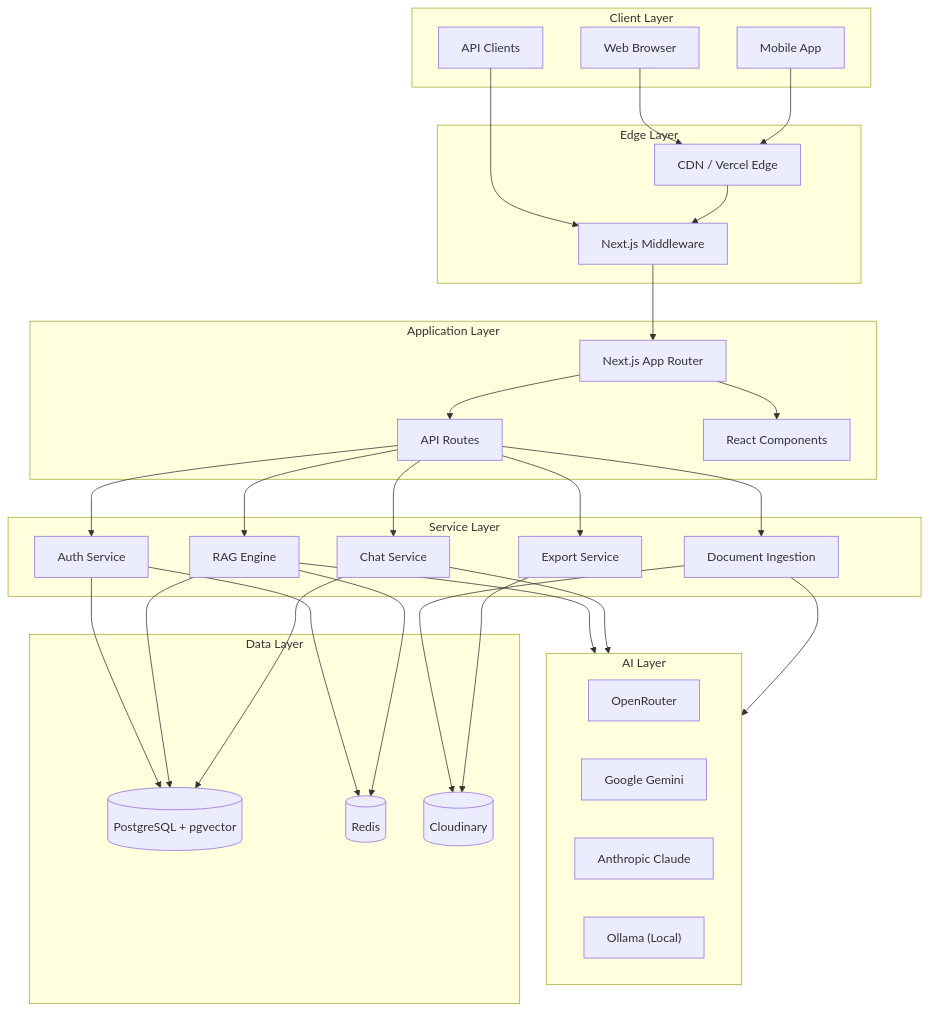
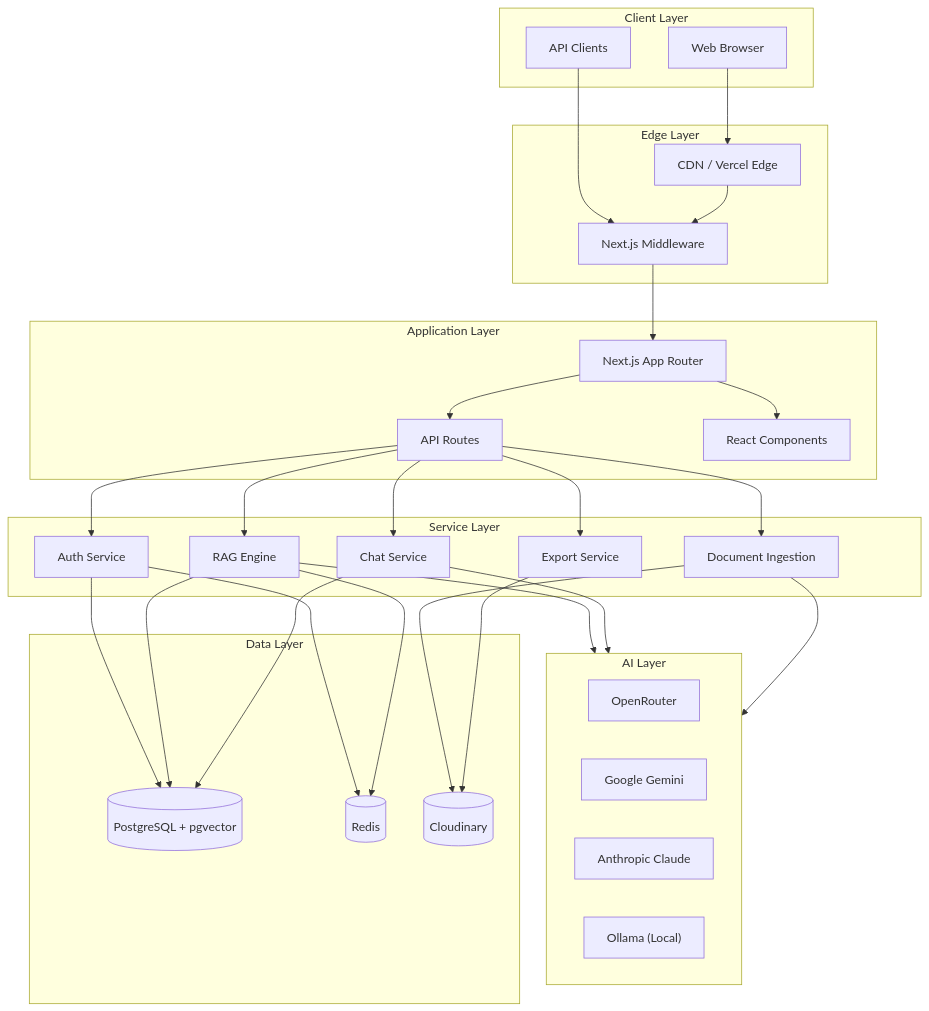
The first of 6 diagrams in docs/ARCHITECTURE.md (rejisterjack/rag-starter-kit), drawn with Mermaid before and after one commit. The commit also changed 26 other files, not shown here.

````diff
--- a/docs/ARCHITECTURE.md
+++ b/docs/ARCHITECTURE.md
@@ -5,63 +5,61 @@
 ```mermaid
 graph TB
     subgraph Client["Client Layer"]
         Browser["Web Browser"]
-        Mobile["Mobile App"]
         API["API Clients"]
     end
 
     subgraph Edge["Edge Layer"]
         CDN["CDN / Vercel Edge"]
         Middleware["Next.js Middleware"]
     end
 
     subgraph Application["Application Layer"]
         NextApp["Next.js App Router"]
         APIRoutes["API Routes"]
         Components["React Components"]
     end
 
     subgraph Services["Service Layer"]
         Auth["Auth Service"]
         RAG["RAG Engine"]
         Chat["Chat Service"]
         Ingest["Document Ingestion"]
         Export["Export Service"]
     end
 
     subgraph AI["AI Layer"]
         OpenRouter["OpenRouter"]
         Gemini["Google Gemini"]
         Anthropic["Anthropic Claude"]
         Ollama["Ollama (Local)"]
     end
 
     subgraph Data["Data Layer"]
         Postgres[("PostgreSQL + pgvector")]
         Redis[("Redis")]
         Cloudinary[("Cloudinary")]
     end
 
     Browser --> CDN
-    Mobile --> CDN
     API --> Middleware
     CDN --> Middleware
     Middleware --> NextApp
     NextApp --> Components
     NextApp --> APIRoutes
     APIRoutes --> Auth
     APIRoutes --> RAG
     APIRoutes --> Chat
     APIRoutes --> Ingest
     APIRoutes --> Export
     RAG --> AI
     Chat --> AI
     Ingest --> AI
     Auth --> Postgres
     RAG --> Postgres
     Chat --> Postgres
     Auth --> Redis
     RAG --> Redis
     Ingest --> Cloudinary
     Export --> Cloudinary
 ```
````
